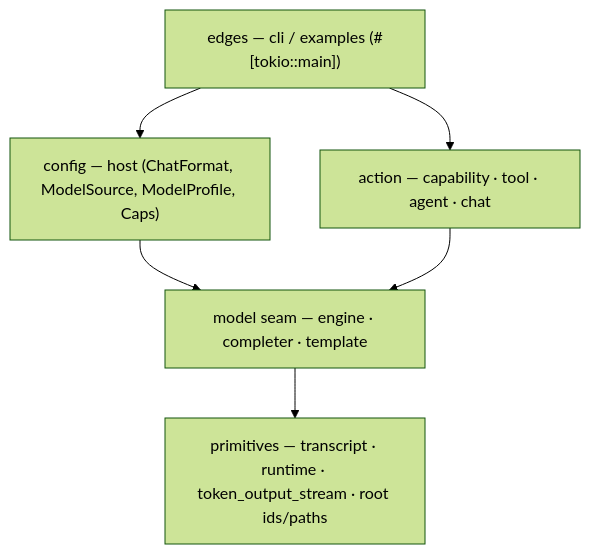
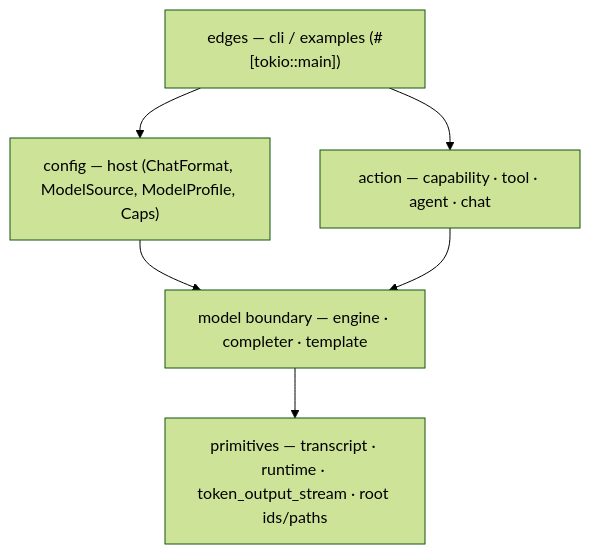
Before and after one commit to shayne-fletcher/yatima: the first of 3 diagrams in notes/design.md, drawn with Mermaid (forest theme). The commit also changed other lines of this file and 5 other files, not shown here.

First line of the commit message:
docs: rename the 'seam' metaphor to 'boundary'; 'load-bearing' to 'essential'

````diff
--- a/notes/design.md
+++ b/notes/design.md
@@ -37,13 +37,13 @@
 ```mermaid
 flowchart TD
     edges["edges — cli / examples (#[tokio::main])"]
     host["config — host (ChatFormat, ModelSource, ModelProfile, Caps)"]
     action["action — capability · tool · agent · chat"]
-    seam["model seam — engine · completer · template"]
+    boundary["model boundary — engine · completer · template"]
     prim["primitives — transcript · runtime · token_output_stream · root ids/paths"]
     edges --> host
     edges --> action
-    host --> seam
-    action --> seam
-    seam --> prim
+    host --> boundary
+    action --> boundary
+    boundary --> prim
 ```
````
